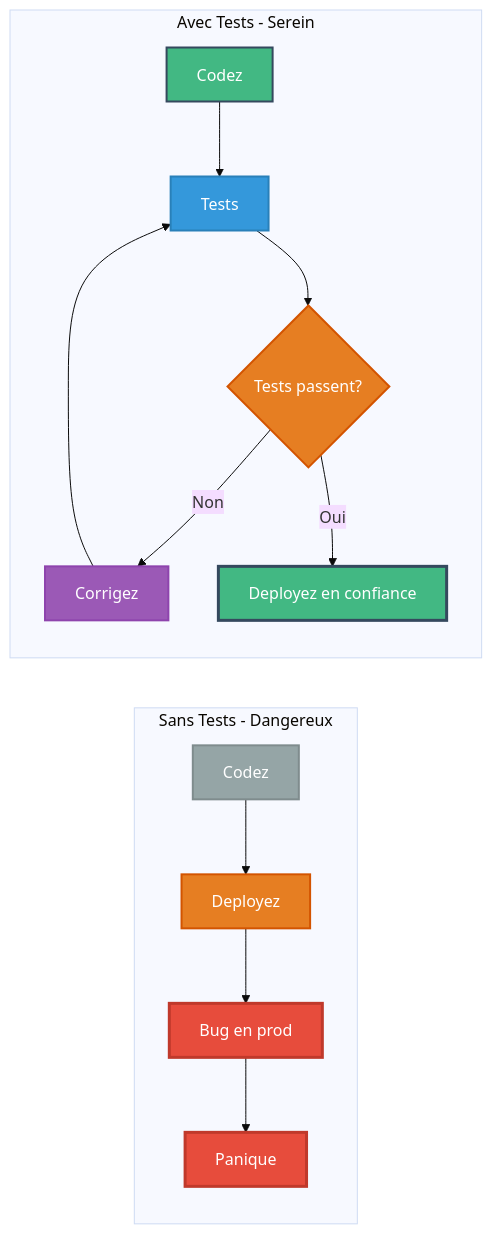
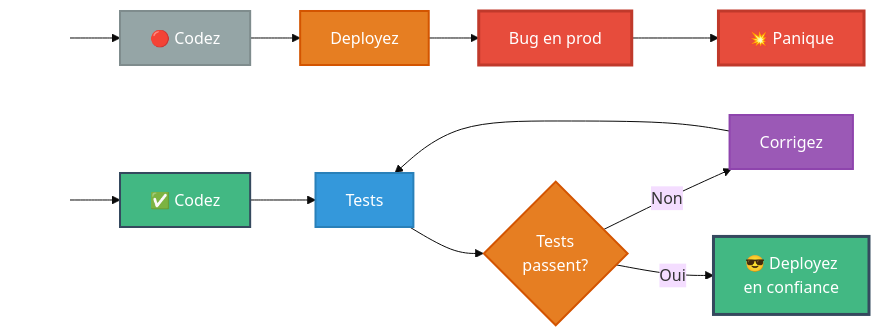
One commit to JSurquin/pylowt changed the first of 2 diagrams in pages/module6-tests-vitest.md. Above: the diagram before and after it, drawn with Mermaid (base theme). The commit also changed 9 other files, not shown here.

````diff
--- a/pages/module6-tests-vitest.md
+++ b/pages/module6-tests-vitest.md
@@ -61,27 +61,27 @@
 ```mermaid
-graph LR
-    subgraph SansTests["Sans Tests - Dangereux"]
-        C1[Codez] --> D1[Deployez]
-        D1 --> B1[Bug en prod]
-        B1 --> P1[Panique]
-    end
+flowchart LR
+    Start1[" "] --> C1["🔴 Codez"]
+    C1 --> D1["Deployez"]
+    D1 --> B1["Bug en prod"]
+    B1 --> P1["💥 Panique"]
     
-    subgraph AvecTests["Avec Tests - Serein"]
-        C2[Codez] --> T2[Tests]
-        T2 --> E{Tests passent?}
-        E -->|Non| F2[Corrigez]
-        F2 --> T2
-        E -->|Oui| D2[Deployez en confiance]
-    end
+    Start2[" "] --> C2["✅ Codez"]
+    C2 --> T2["Tests"]
+    T2 --> E{"Tests<br/>passent?"}
+    E -->|Non| F2["Corrigez"]
+    F2 --> T2
+    E -->|Oui| D2["😎 Deployez<br/>en confiance"]
     
+    style Start1 fill:none,stroke:none
+    style Start2 fill:none,stroke:none
     style C1 fill:#95a5a6,stroke:#7f8c8d,stroke-width:2px,color:#fff
     style D1 fill:#e67e22,stroke:#d35400,stroke-width:2px,color:#fff
     style B1 fill:#e74c3c,stroke:#c0392b,stroke-width:3px,color:#fff
     style P1 fill:#e74c3c,stroke:#c0392b,stroke-width:3px,color:#fff
     
     style C2 fill:#42b883,stroke:#35495e,stroke-width:2px,color:#fff
     style T2 fill:#3498db,stroke:#2980b9,stroke-width:2px,color:#fff
     style E fill:#e67e22,stroke:#d35400,stroke-width:2px,color:#fff
     style F2 fill:#9b59b6,stroke:#8e44ad,stroke-width:2px,color:#fff
     style D2 fill:#42b883,stroke:#35495e,stroke-width:3px,color:#fff
 ```
````
